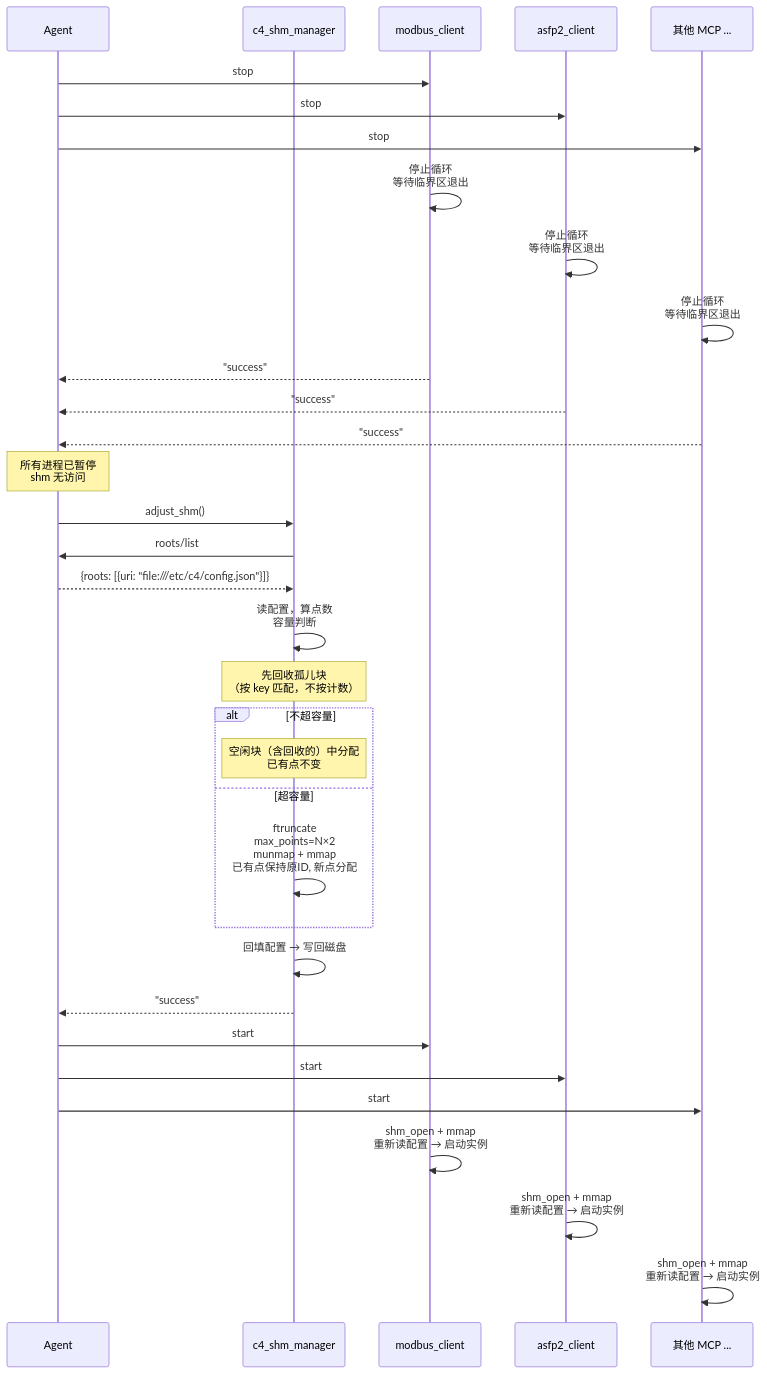
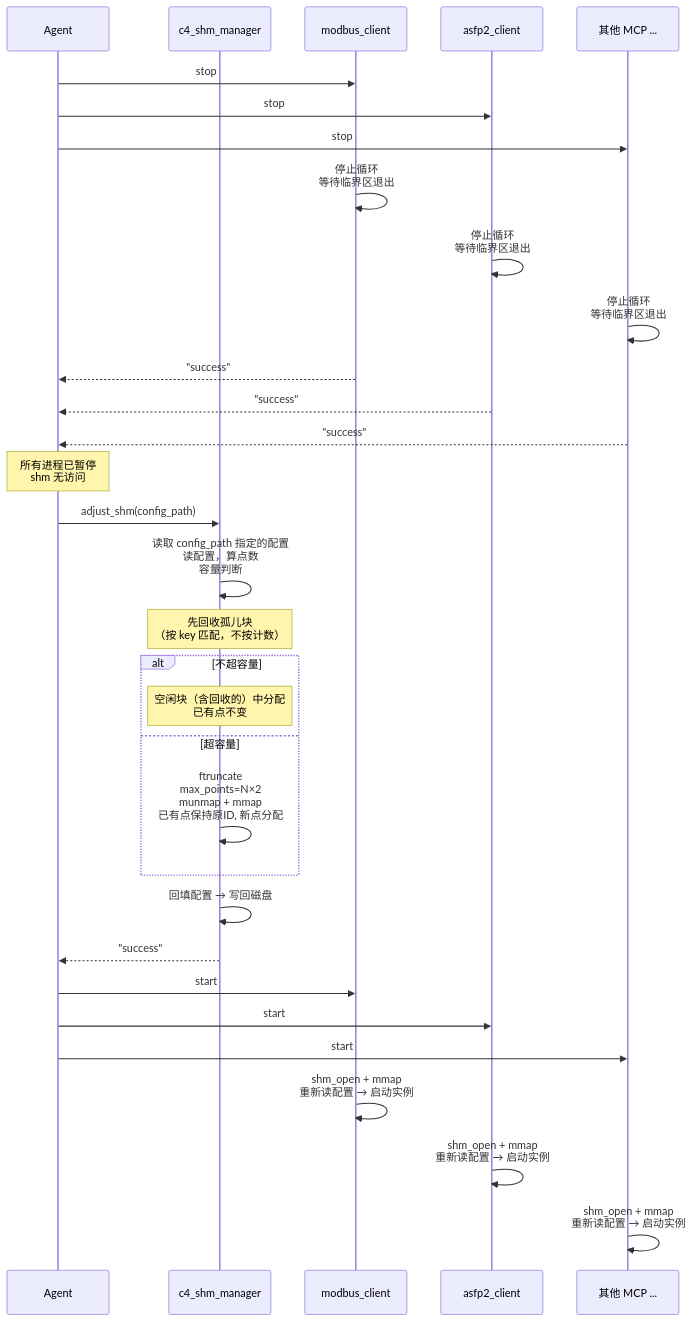
One commit to activesys/c4 changed the second of 9 diagrams in docs/design/c4_shm_manager.md. Above: the diagram before and after it, drawn with Mermaid. The commit also changed other lines of this file and 14 other files, not shown here.

````diff
--- a/docs/design/c4_shm_manager.md
+++ b/docs/design/c4_shm_manager.md
@@ -126,40 +126,38 @@
 ```mermaid
 sequenceDiagram
     participant A as Agent
     participant S as c4_shm_manager
     participant M1 as modbus_client
     participant M2 as asfp2_client
     participant M3 as 其他 MCP ...
 
     A->>M1: stop
     A->>M2: stop
     A->>M3: stop
     M1->>M1: 停止循环<br/>等待临界区退出
     M2->>M2: 停止循环<br/>等待临界区退出
     M3->>M3: 停止循环<br/>等待临界区退出
     M1-->>A: "success"
     M2-->>A: "success"
     M3-->>A: "success"
 
     Note over A: 所有进程已暂停<br/>shm 无访问
 
-    A->>S: adjust_shm()
-    S->>A: roots/list
-    A-->>S: {roots: [{uri: "file:///etc/c4/config.json"}]}
-    S->>S: 读配置，算点数<br/>容量判断
+    A->>S: adjust_shm(config_path)
+    S->>S: 读取 config_path 指定的配置<br/>读配置，算点数<br/>容量判断
     Note over S: 先回收孤儿块<br/>（按 key 匹配，不按计数）
     alt 不超容量
         Note over S: 空闲块（含回收的）中分配<br/>已有点不变
     else 超容量
         S->>S: ftruncate<br/>max_points=N×2<br/>munmap + mmap<br/>已有点保持原ID, 新点分配
     end
     S->>S: 回填配置 → 写回磁盘
     S-->>A: "success"
 
     A->>M1: start
     A->>M2: start
     A->>M3: start
     M1->>M1: shm_open + mmap<br/>重新读配置 → 启动实例
     M2->>M2: shm_open + mmap<br/>重新读配置 → 启动实例
     M3->>M3: shm_open + mmap<br/>重新读配置 → 启动实例
 ```
````
